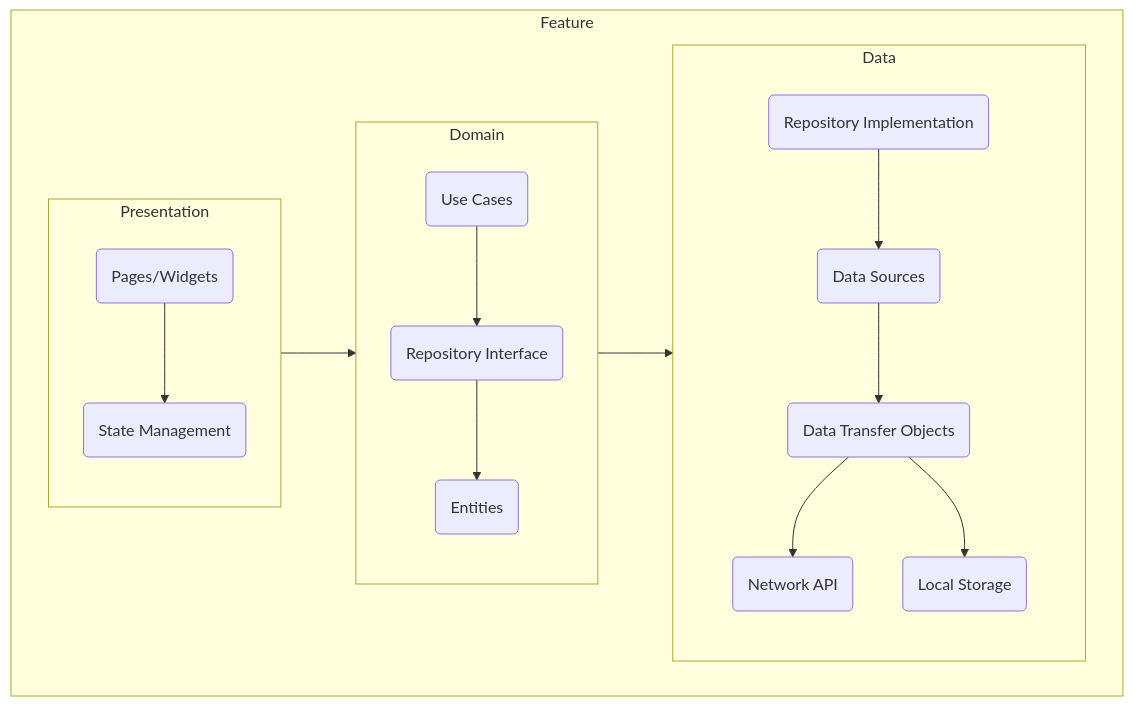
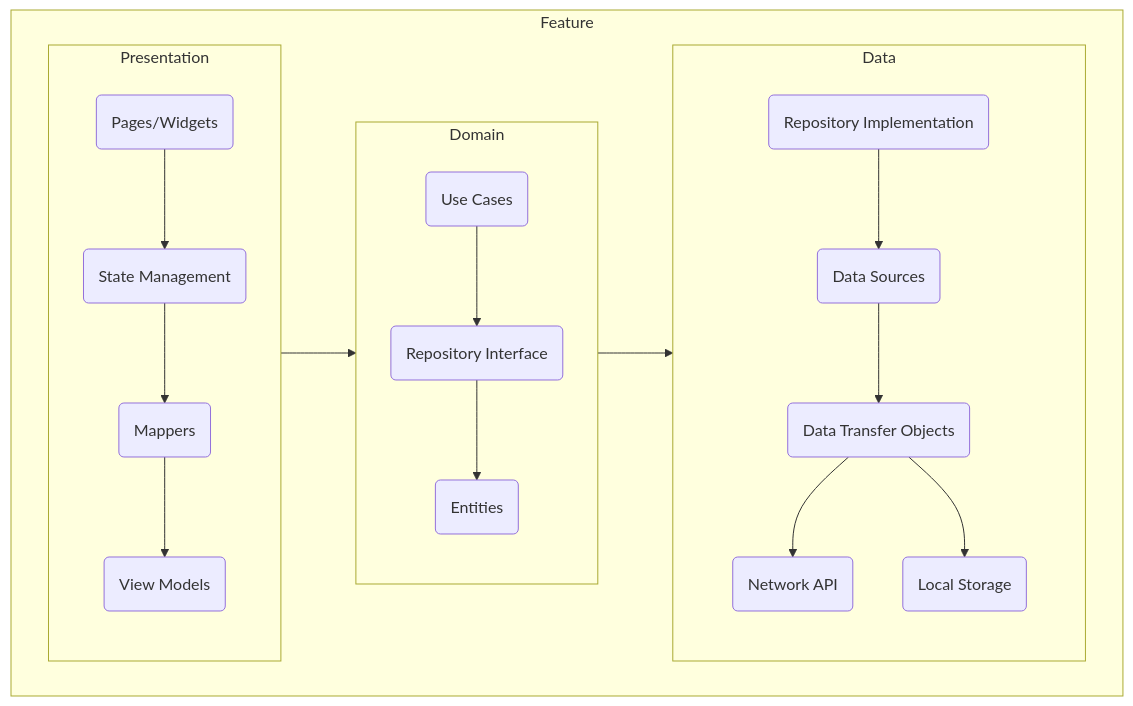
Before and after one commit to TechStackApps/HealthWallet.me: the diagram in memory-bank/systemPatterns.md, drawn with Mermaid. The commit also changed 170 other files, not shown here.

````diff
--- a/memory-bank/systemPatterns.md
+++ b/memory-bank/systemPatterns.md
@@ -11,25 +11,27 @@
 ```mermaid
 graph TD
     subgraph Feature
         direction LR
         subgraph Presentation
             direction TB
             UI(Pages/Widgets) --> BLoC(State Management)
+            BLoC --> Mappers(Mappers)
+            Mappers --> ViewModels(View Models)
         end
         subgraph Domain
             direction TB
             UseCase(Use Cases) --> RepositoryInterface(Repository Interface)
             RepositoryInterface --> Entities(Entities)
         end
         subgraph Data
             direction TB
             RepositoryImpl(Repository Implementation) --> DataSource(Data Sources)
             DataSource --> DTOs(Data Transfer Objects)
             DTOs --> Network(Network API)
             DTOs --> Local(Local Storage)
         end
     end
 
     Presentation --> Domain
     Domain --> Data
 ```
````
